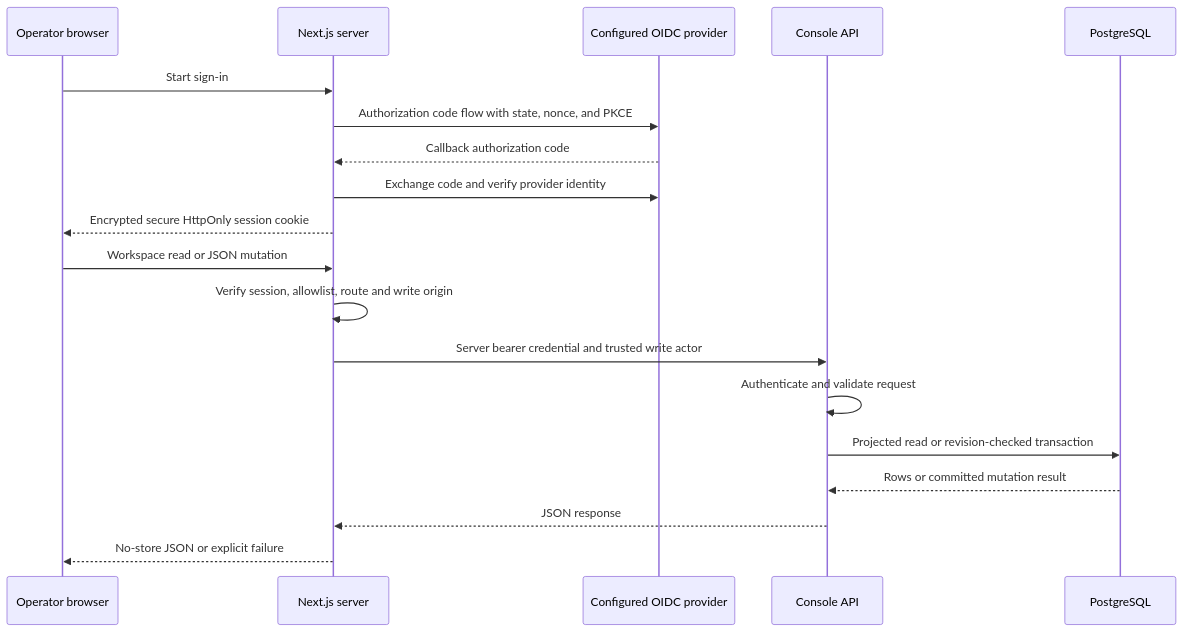
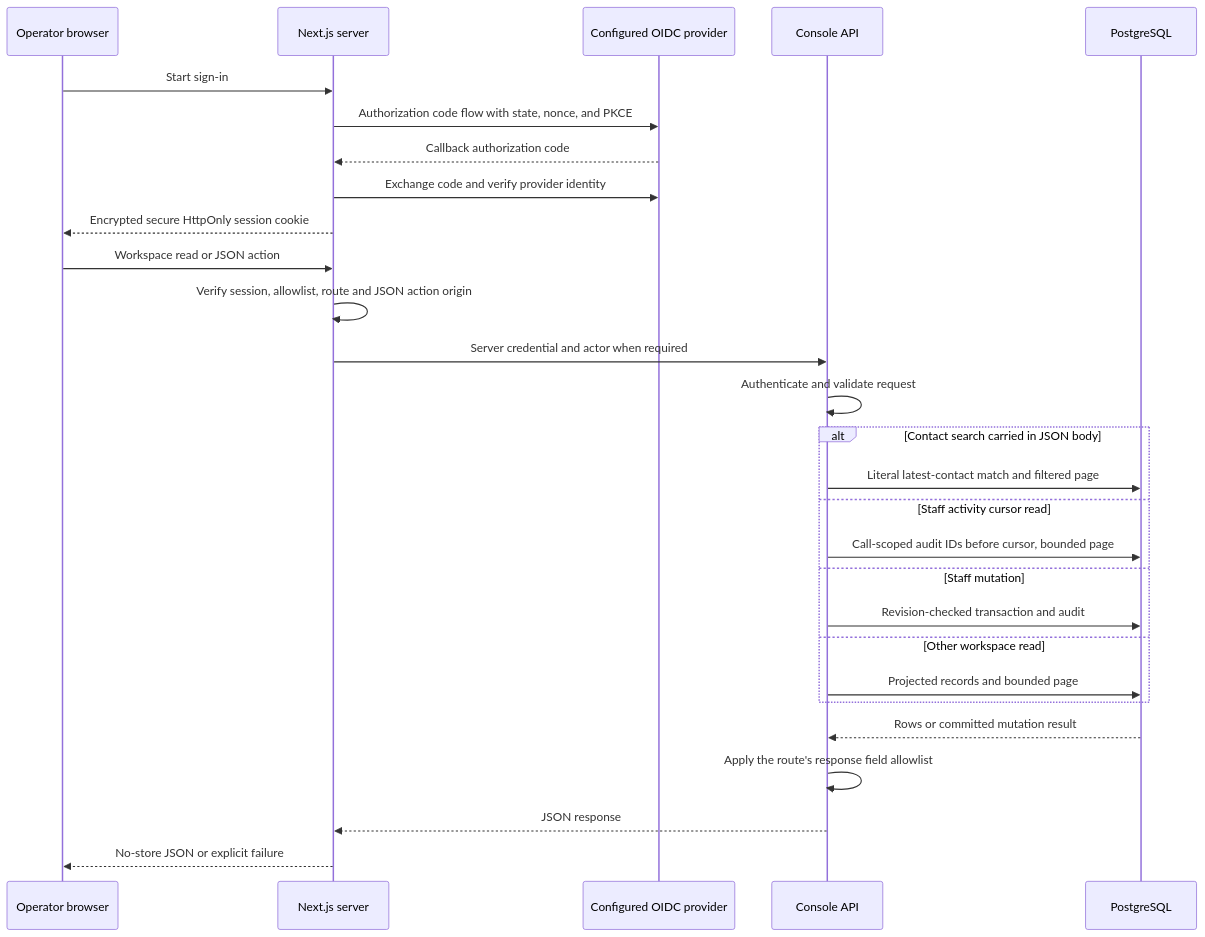
Before and after one commit to ChariPramod/arcagent: the second of 3 diagrams in docs/query_response_architecture.md, drawn with Mermaid. The commit also changed other lines of this file and 30 other files, not shown here.

Commit message:
Add enquiry search, staff activity, and CRM outcome reviews

````diff
--- a/docs/query_response_architecture.md
+++ b/docs/query_response_architecture.md
@@ -52,21 +52,30 @@
 ```mermaid
 sequenceDiagram
     participant B as Operator browser
     participant W as Next.js server
     participant I as Configured OIDC provider
     participant A as Console API
     participant P as PostgreSQL
     B->>W: Start sign-in
     W->>I: Authorization code flow with state, nonce, and PKCE
     I-->>W: Callback authorization code
     W->>I: Exchange code and verify provider identity
     W-->>B: Encrypted secure HttpOnly session cookie
-    B->>W: Workspace read or JSON mutation
-    W->>W: Verify session, allowlist, route and write origin
-    W->>A: Server bearer credential and trusted write actor
+    B->>W: Workspace read or JSON action
+    W->>W: Verify session, allowlist, route and JSON action origin
+    W->>A: Server credential and actor when required
     A->>A: Authenticate and validate request
-    A->>P: Projected read or revision-checked transaction
+    alt Contact search carried in JSON body
+        A->>P: Literal latest-contact match and filtered page
+    else Staff activity cursor read
+        A->>P: Call-scoped audit IDs before cursor, bounded page
+    else Staff mutation
+        A->>P: Revision-checked transaction and audit
+    else Other workspace read
+        A->>P: Projected records and bounded page
+    end
     P-->>A: Rows or committed mutation result
+    A->>A: Apply the route's response field allowlist
     A-->>W: JSON response
     W-->>B: No-store JSON or explicit failure
 ```
````
